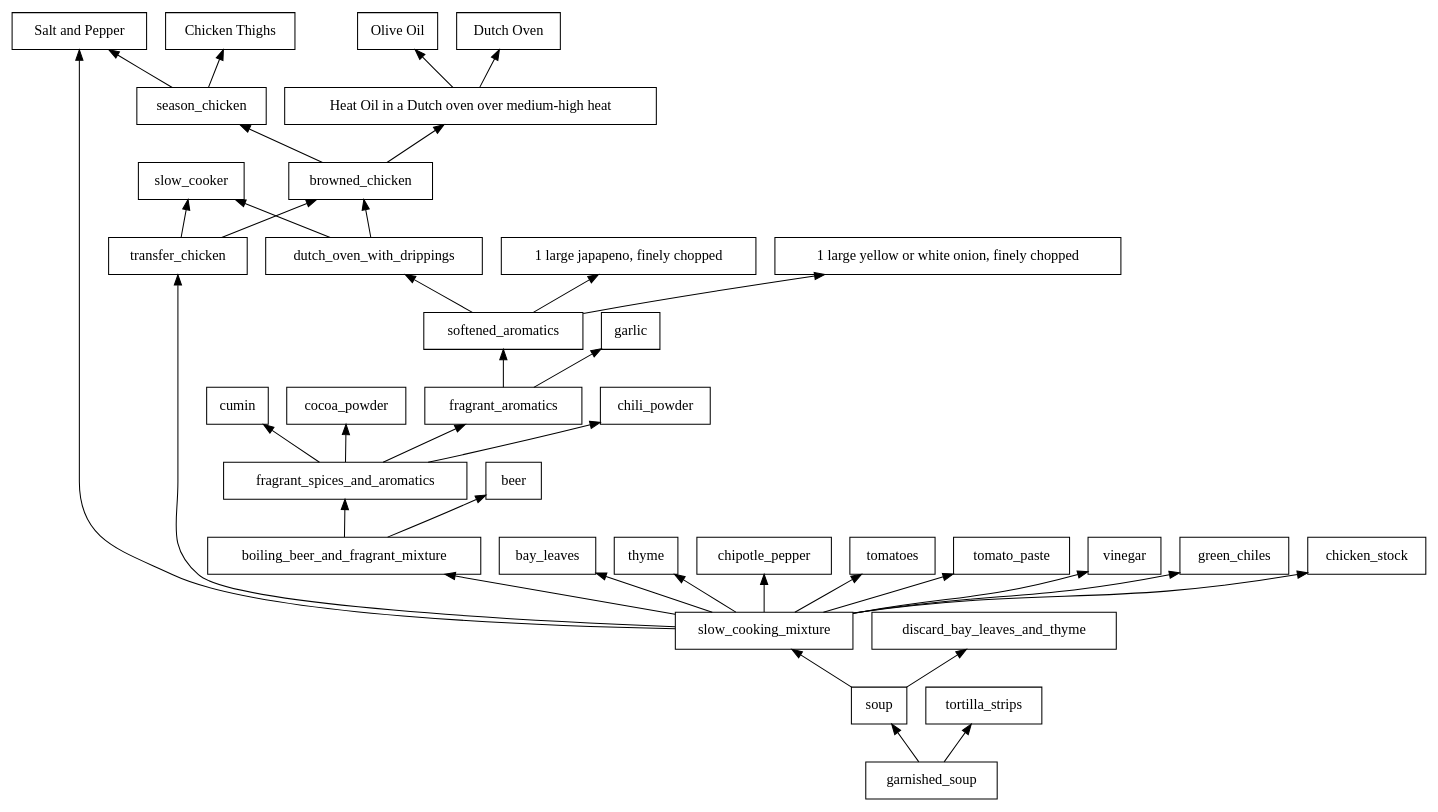
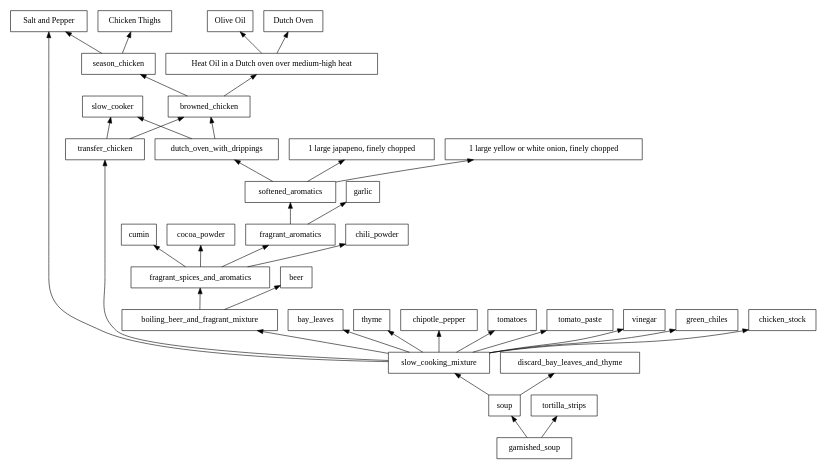
The diagram in serious-eats/slow-cooker-chicken-tortilla-soup/recipe.dot (isaacsanders/recipes-as-dependency-graphs), drawn with Graphviz before and after one commit.

```diff
--- a/serious-eats/slow-cooker-chicken-tortilla-soup/recipe.dot
+++ b/serious-eats/slow-cooker-chicken-tortilla-soup/recipe.dot
@@ -1,22 +1,23 @@
 digraph recipe {
   rankdir=BT;
   node [shape=record];
+  size="11,8.5!";
   olive_oil [label="Olive Oil"];
   dutch_oven [label="Dutch Oven"];
   heat_oil [label="Heat Oil in a Dutch oven over medium-high heat"];
   heat_oil -> olive_oil, dutch_oven;
   salt_and_pepper [label="Salt and Pepper"];
   chicken_thighs [label="Chicken Thighs"];
   season_chicken -> salt_and_pepper, chicken_thighs;
   browned_chicken -> season_chicken, heat_oil;
   dutch_oven_with_drippings, transfer_chicken -> slow_cooker, browned_chicken;
   chopped_onion [label="1 large yellow or white onion, finely chopped"];
   jalapeno [label="1 large japapeno, finely chopped"];
   softened_aromatics -> chopped_onion, jalapeno, dutch_oven_with_drippings;
   fragrant_aromatics -> softened_aromatics, garlic;
   fragrant_spices_and_aromatics -> fragrant_aromatics, chili_powder, cumin, cocoa_powder;
   boiling_beer_and_fragrant_mixture -> fragrant_spices_and_aromatics, beer;
   slow_cooking_mixture -> transfer_chicken, boiling_beer_and_fragrant_mixture, bay_leaves, thyme, chipotle_pepper, tomatoes, tomato_paste, vinegar, green_chiles, chicken_stock, salt_and_pepper;
   soup -> discard_bay_leaves_and_thyme, slow_cooking_mixture;
   garnished_soup -> soup, tortilla_strips;
 }
```
